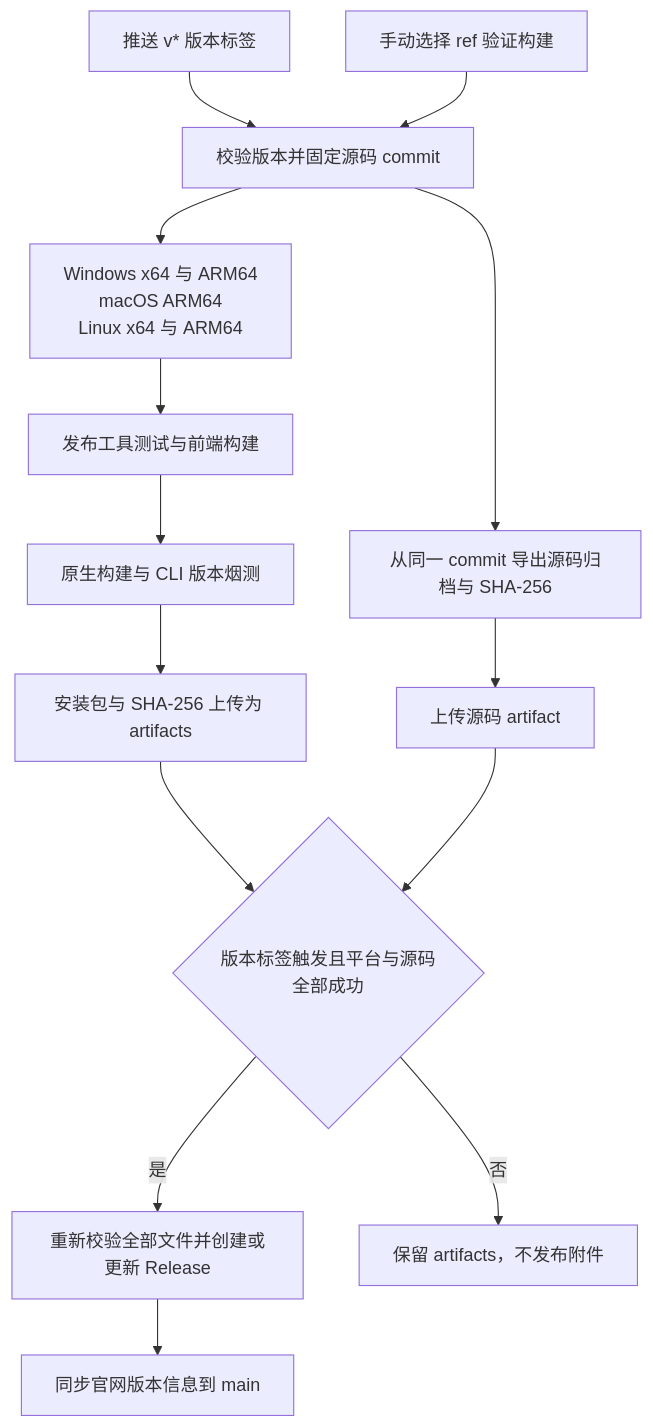
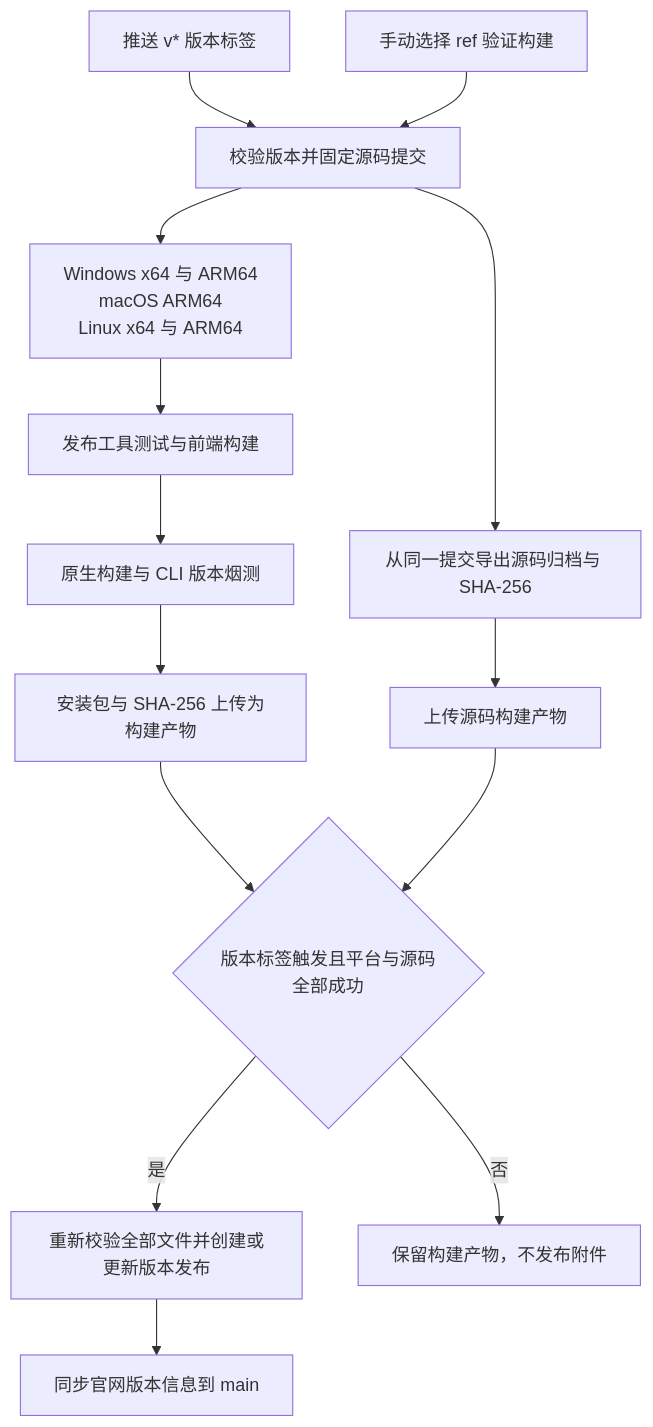
The diagram in wiki/Build-and-Release.md (HG-ha/Argusai), drawn with Mermaid before and after one commit. The commit also changed other lines of this file and 19 other files, not shown here.

````diff
--- a/wiki/Build-and-Release.md
+++ b/wiki/Build-and-Release.md
@@ -167,16 +167,16 @@
 ```mermaid
 flowchart TD
-    A[推送 v* 版本标签] --> B[校验版本并固定源码 commit]
+    A[推送 v* 版本标签] --> B[校验版本并固定源码提交]
     M[手动选择 ref 验证构建] --> B
     B --> C[Windows x64 与 ARM64<br/>macOS ARM64<br/>Linux x64 与 ARM64]
     C --> D[发布工具测试与前端构建]
     D --> E[原生构建与 CLI 版本烟测]
-    E --> F[安装包与 SHA-256 上传为 artifacts]
-    B --> J[从同一 commit 导出源码归档与 SHA-256]
-    J --> K[上传源码 artifact]
+    E --> F[安装包与 SHA-256 上传为构建产物]
+    B --> J[从同一提交导出源码归档与 SHA-256]
+    J --> K[上传源码构建产物]
     F --> G{版本标签触发且平台与源码全部成功}
     K --> G
-    G -->|是| H[重新校验全部文件并创建或更新 Release]
-    G -->|否| I[保留 artifacts，不发布附件]
+    G -->|是| H[重新校验全部文件并创建或更新版本发布]
+    G -->|否| I[保留构建产物，不发布附件]
     H --> W[同步官网版本信息到 main]
 ```
````
